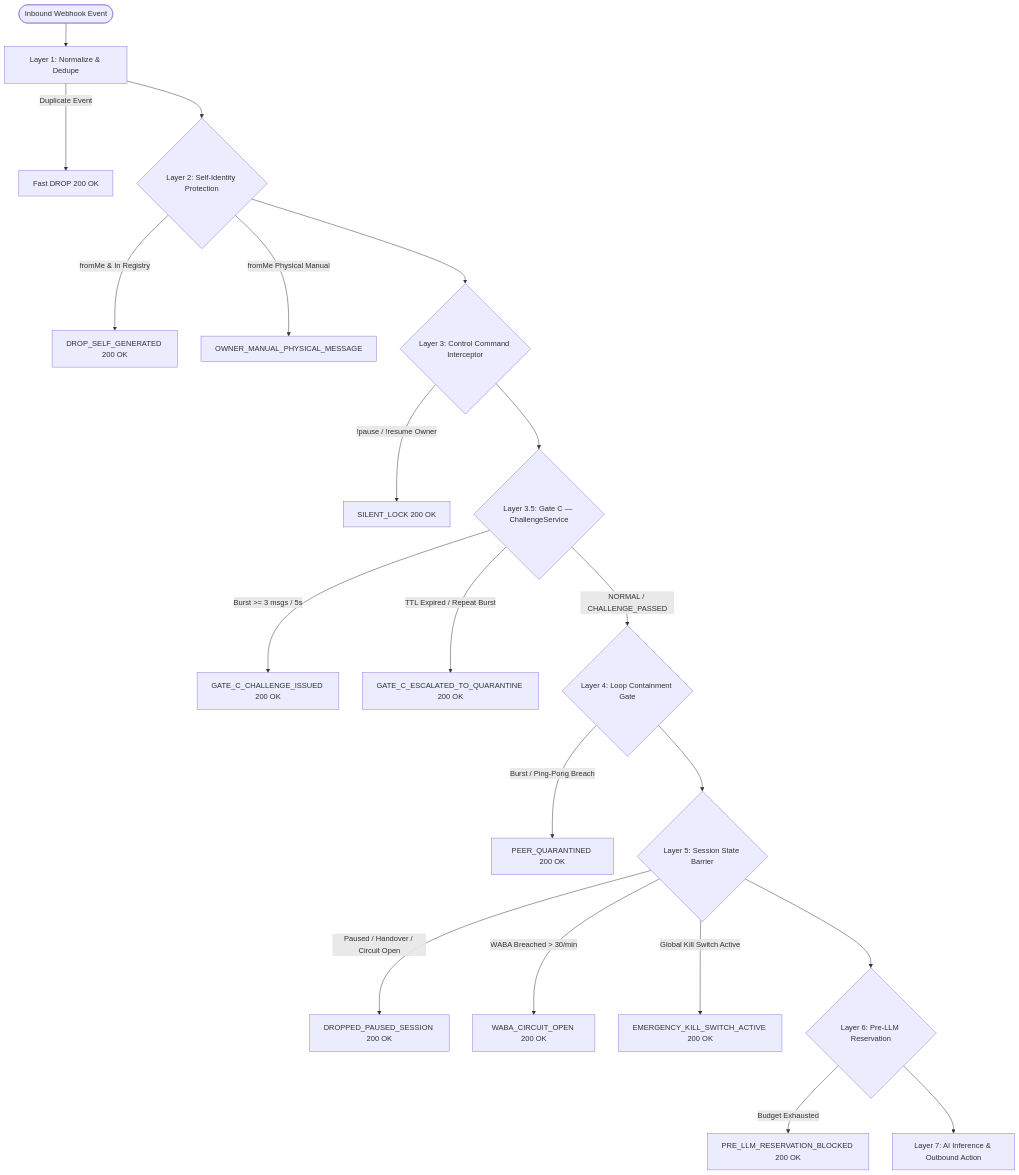
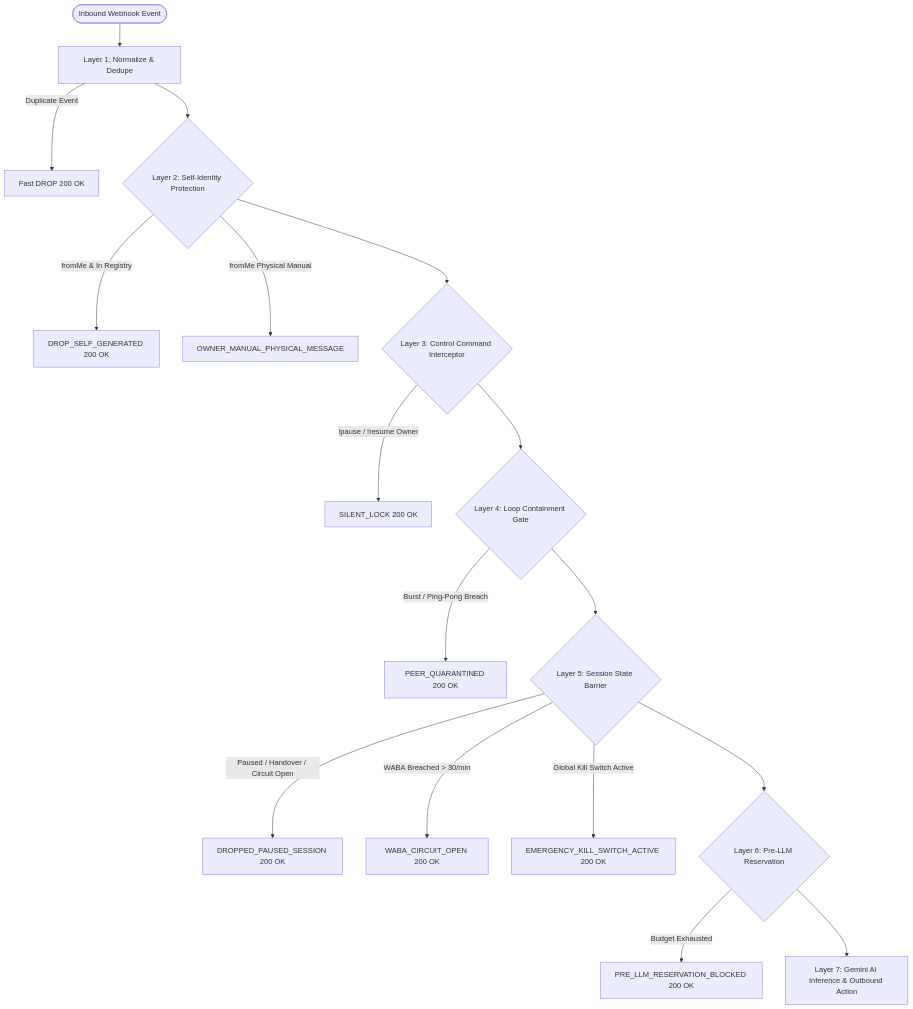
One commit to B055OB/boontrack-core changed the first of 3 diagrams in ARCHITECTURE.md. Above: the diagram before and after it, drawn with Mermaid. The commit also changed other lines of this file and 1 other file, not shown here.

````diff
--- a/ARCHITECTURE.md
+++ b/ARCHITECTURE.md
@@ -123,22 +153,19 @@
 ```mermaid
 flowchart TD
     Inbound([Inbound Webhook Event]) --> L1[Layer 1: Normalize & Dedupe]
     L1 -->|Duplicate Event| DropDedupe[Fast DROP 200 OK]
     L1 --> L2{Layer 2: Self-Identity Protection}
     L2 -->|fromMe & In Registry| DropEcho[DROP_SELF_GENERATED 200 OK]
     L2 -->|fromMe Physical Manual| Coexist[OWNER_MANUAL_PHYSICAL_MESSAGE]
     L2 --> L3{Layer 3: Control Command Interceptor}
     L3 -->|!pause / !resume Owner| SilentLock[SILENT_LOCK 200 OK]
-    L3 --> L35{Layer 3.5: Gate C — ChallengeService}
-    L35 -->|Burst >= 3 msgs / 5s| Challenge[GATE_C_CHALLENGE_ISSUED 200 OK]
-    L35 -->|TTL Expired / Repeat Burst| GateCQ[GATE_C_ESCALATED_TO_QUARANTINE 200 OK]
-    L35 -->|NORMAL / CHALLENGE_PASSED| L4{Layer 4: Loop Containment Gate}
+    L3 --> L4{Layer 4: Loop Containment Gate}
     L4 -->|Burst / Ping-Pong Breach| Quarantine[PEER_QUARANTINED 200 OK]
     L4 --> L5{Layer 5: Session State Barrier}
     L5 -->|Paused / Handover / Circuit Open| DropBarrier[DROPPED_PAUSED_SESSION 200 OK]
     L5 -->|WABA Breached > 30/min| DropWABA[WABA_CIRCUIT_OPEN 200 OK]
     L5 -->|Global Kill Switch Active| DropKill[EMERGENCY_KILL_SWITCH_ACTIVE 200 OK]
     L5 --> L6{Layer 6: Pre-LLM Reservation}
     L6 -->|Budget Exhausted| DropBudget[PRE_LLM_RESERVATION_BLOCKED 200 OK]
-    L6 --> L7[Layer 7: AI Inference & Outbound Action]
+    L6 --> L7[Layer 7: Gemini AI Inference & Outbound Action]
 ```
````
